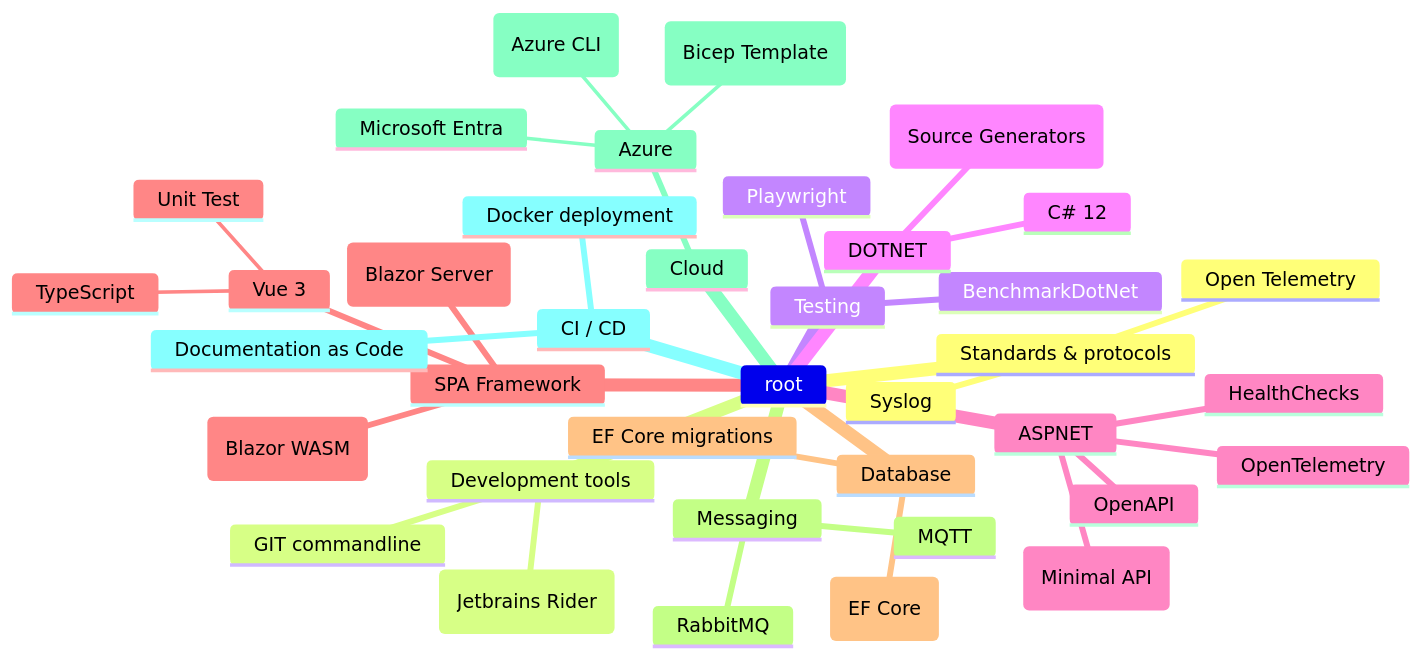
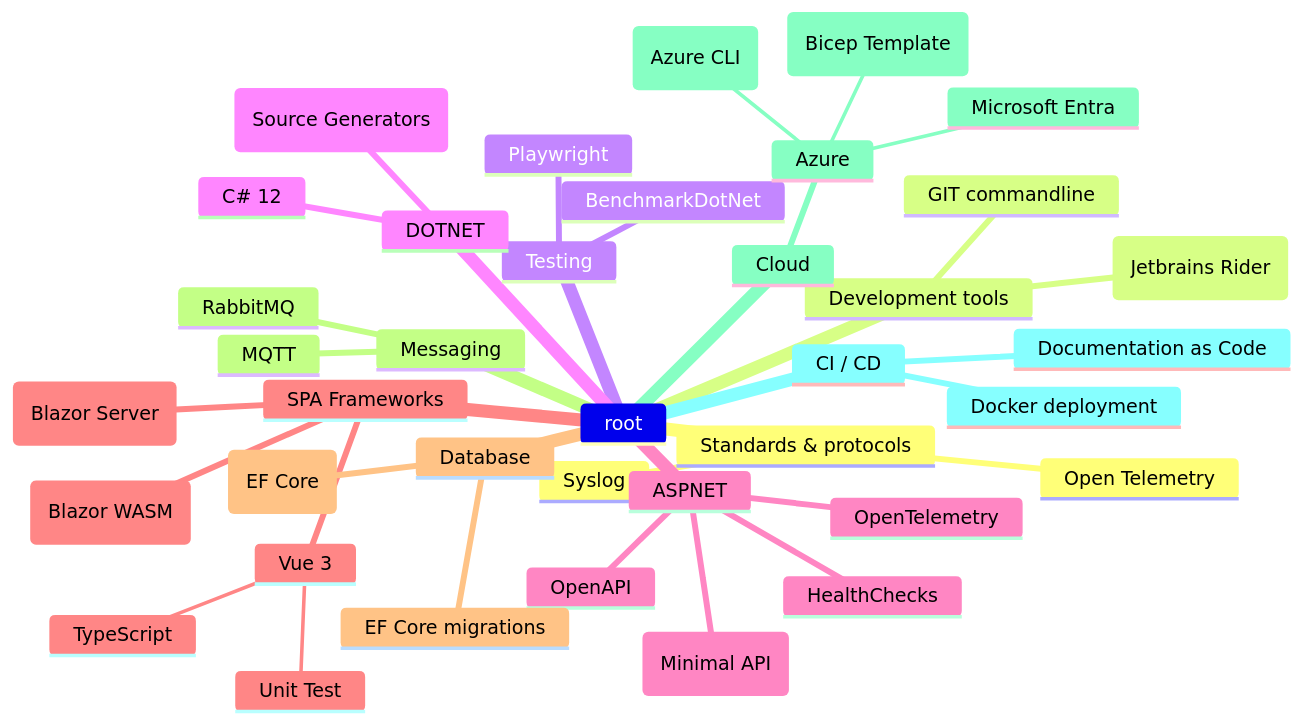
The second of 2 diagrams in README.md (renevdhoek/renevdhoek), drawn with Mermaid before and after one commit.

````diff
--- a/README.md
+++ b/README.md
@@ -11,41 +11,41 @@
 ```mermaid
 mindmap
   root
     Standards & protocols
         Syslog
         Open Telemetry
     Development tools      
         GIT commandline
         (Jetbrains Rider)
     Testing
       Playwright
       BenchmarkDotNet
     DOTNET
       C# 12
       (Source Generators)    
     ASPNET
       HealthChecks
       OpenAPI
       OpenTelemetry
       (Minimal API)
-    SPA Framework
+    SPA Frameworks
       Vue 3
         Unit Test
         TypeScript
       (Blazor Server)
       (Blazor WASM)
     Database
       EF Core migrations
       (EF Core)
     Messaging
       MQTT
       RabbitMQ
     Cloud
       Azure
         Microsoft Entra
         (Bicep Template)
         (Azure CLI)
     CI / CD
       Docker deployment
       Documentation as Code
 ```
````
